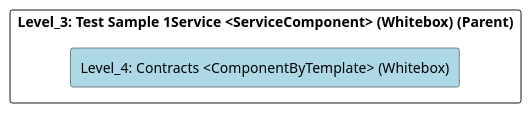
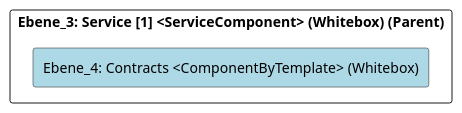
One commit to marcozwyssig/cleon changed the diagram in src/cleon.architecturemethods.arc42.sample/doc/cleon_architecturemethods_arc42_sample_software_microservice/adoc/en/05_building_block_view/microservicesample/servicelayer/service_1/contracts/level_4_contracts.adoc. Above: the diagram before and after it, drawn with PlantUML. The commit also changed other lines of this file and 214 other files, not shown here.

```diff
--- a/src/cleon.architecturemethods.arc42.sample/doc/cleon_architecturemethods_arc42_sample_software_microservice/adoc/en/05_building_block_view/microservicesample/servicelayer/service_1/contracts/level_4_contracts.adoc
+++ b/src/cleon.architecturemethods.arc42.sample/doc/cleon_architecturemethods_arc42_sample_software_microservice/adoc/en/05_building_block_view/microservicesample/servicelayer/service_1/contracts/level_4_contracts.adoc
@@ -20,24 +20,24 @@
-[plantuml, Level_4: Contracts <ComponentByTemplate> (Whitebox)BlockOverview, format="svg"]
+[plantuml, Ebene_4: Contracts <ComponentByTemplate> (Whitebox)BlockOverview, format="svg"]
 ----
-@startuml Level_4: Contracts <ComponentByTemplate> (Whitebox)BuildingBlockOverview
+@startuml Ebene_4: Contracts <ComponentByTemplate> (Whitebox)BuildingBlockOverview
 
 skinparam ranksep 10
 skinparam componentStyle rectangle
 skinparam shadowing false
 skinparam arrowColor lightblue
 skinparam arrowThickness 1.2
 skinparam rectangle {
   BackgroundColor White
   BorderColor #333
   RoundCorner 10
 }
 top to bottom direction
 
-component "Level_3: Test Sample 1Service <ServiceComponent> (Whitebox) (Parent)" {
-    component "Level_4: Contracts <ComponentByTemplate> (Whitebox)" #lightblue {
+component "Ebene_3: Service [1] <ServiceComponent> (Whitebox) (Parent)" {
+    component "Ebene_4: Contracts <ComponentByTemplate> (Whitebox)" #lightblue {
     }
 
 }
 
 @enduml
 ----
```
